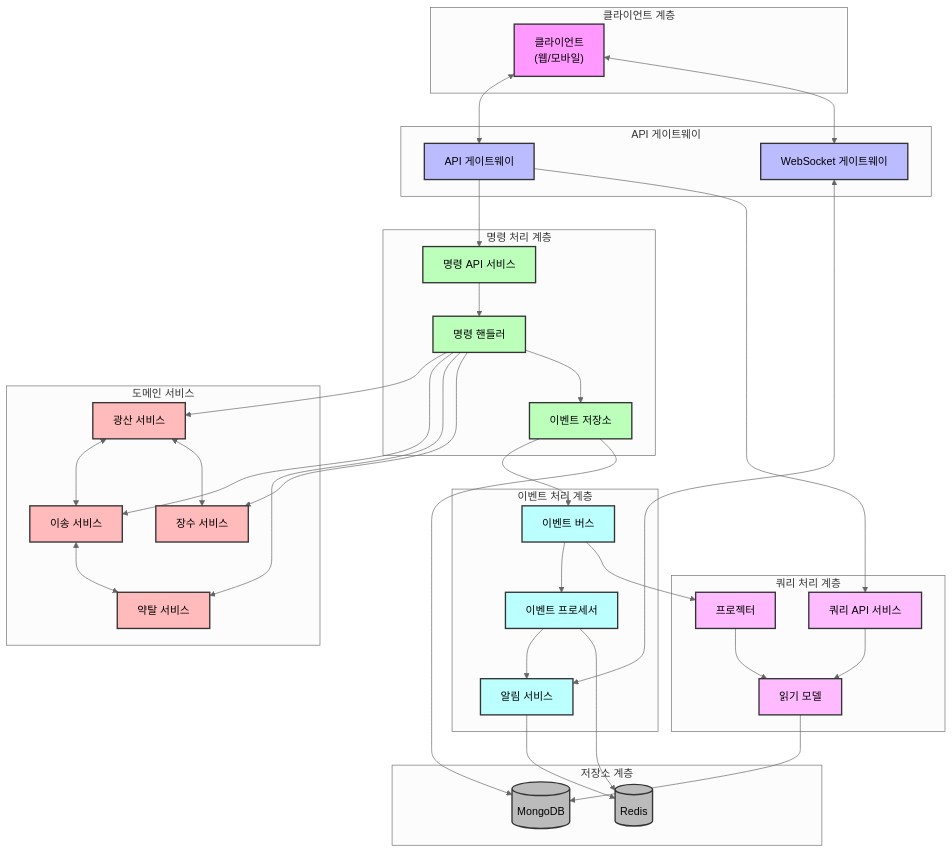
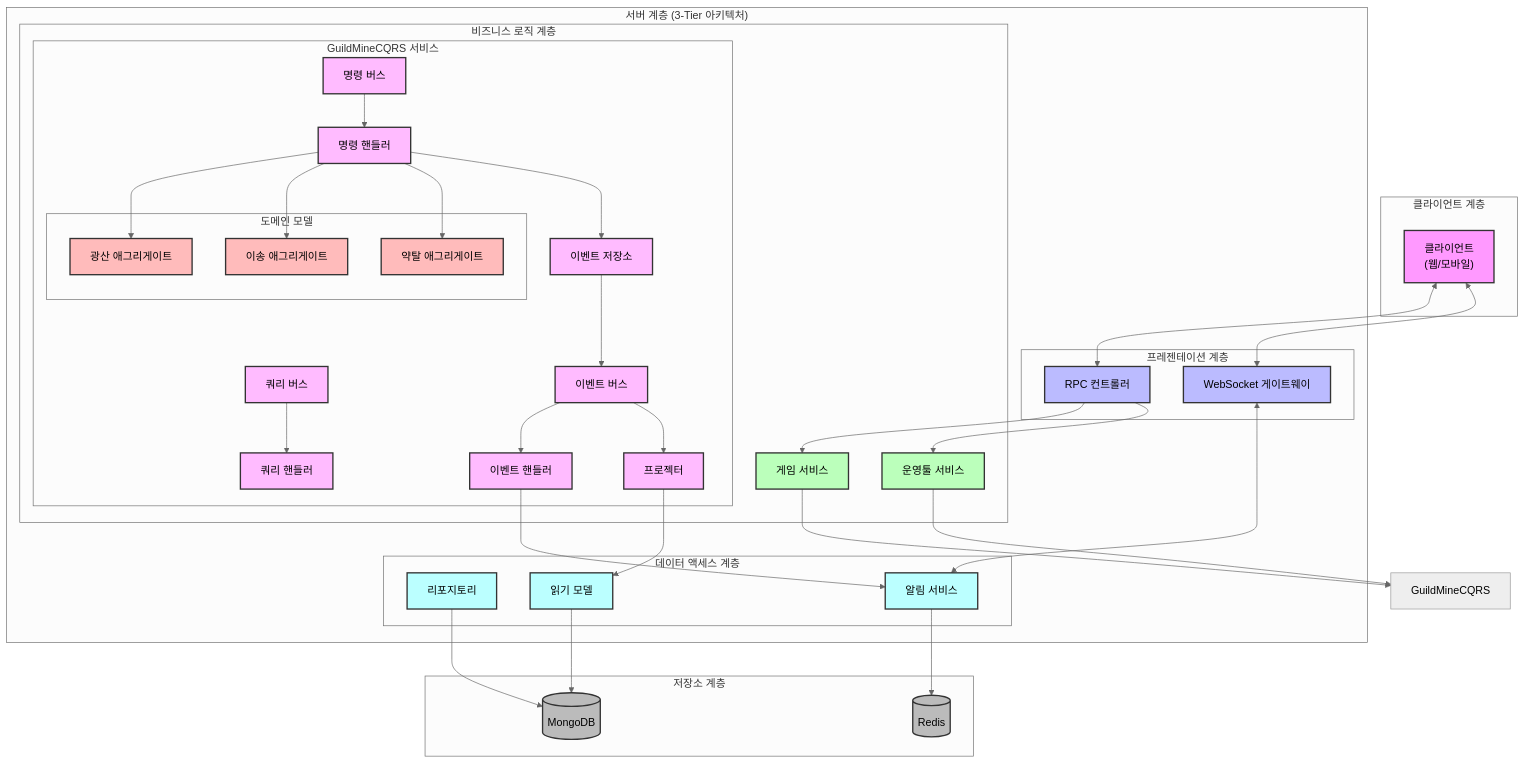
One commit to homveloper/boss-raid-game changed the first of 14 diagrams in transport/GuildMineCQRS.md. Above: the diagram before and after it, drawn with Mermaid (neutral theme). The commit also changed other lines of this file, not shown here.

````diff
--- a/transport/GuildMineCQRS.md
+++ b/transport/GuildMineCQRS.md
@@ -14,34 +14,39 @@
         Client["클라이언트\n(웹/모바일)"]
     end
 
-    subgraph "API 게이트웨이"
-        Gateway["API 게이트웨이"]
-        WSGateway["WebSocket 게이트웨이"]
-    end
+    subgraph "서버 계층 (3-Tier 아키텍처)"
+        subgraph "프레젠테이션 계층"
+            RPCController["RPC 컨트롤러"]
+            WSGateway["WebSocket 게이트웨이"]
+        end
 
-    subgraph "명령 처리 계층"
-        CommandAPI["명령 API 서비스"]
-        CommandHandler["명령 핸들러"]
-        EventStore["이벤트 저장소"]
-    end
+        subgraph "비즈니스 로직 계층"
+            GameService["게임 서비스"]
+            AdminService["운영툴 서비스"]
 
-    subgraph "쿼리 처리 계층"
-        QueryAPI["쿼리 API 서비스"]
-        ReadModel["읽기 모델"]
-        Projector["프로젝터"]
-    end
+            subgraph "GuildMineCQRS 서비스"
+                CommandBus["명령 버스"]
+                QueryBus["쿼리 버스"]
+                CommandHandler["명령 핸들러"]
+                QueryHandler["쿼리 핸들러"]
+                EventStore["이벤트 저장소"]
+                EventBus["이벤트 버스"]
+                EventHandler["이벤트 핸들러"]
+                Projector["프로젝터"]
 
-    subgraph "도메인 서비스"
-        MineService["광산 서비스"]
-        TransportService["이송 서비스"]
-        RaidService["약탈 서비스"]
-        GeneralService["장수 서비스"]
-    end
+                subgraph "도메인 모델"
+                    MineAggregate["광산 애그리게이트"]
+                    TransportAggregate["이송 애그리게이트"]
+                    RaidAggregate["약탈 애그리게이트"]
+                end
+            end
+        end
 
-    subgraph "이벤트 처리 계층"
-        EventBus["이벤트 버스"]
-        EventProcessor["이벤트 프로세서"]
-        Notifier["알림 서비스"]
+        subgraph "데이터 액세스 계층"
+            Repository["리포지토리"]
+            ReadModel["읽기 모델"]
+            Notifier["알림 서비스"]
+        end
     end
 
     subgraph "저장소 계층"
@@ -49,61 +54,52 @@
         Redis[(Redis)]
     end
 
-    %% 클라이언트와 게이트웨이 연결
-    Client <--> Gateway
+    %% 클라이언트와 서버 연결
+    Client <--> RPCController
     Client <--> WSGateway
 
-    %% 게이트웨이와 API 서비스 연결
-    Gateway --> CommandAPI
-    Gateway --> QueryAPI
+    %% 프레젠테이션 계층과 비즈니스 로직 계층 연결
+    RPCController --> GameService
+    RPCController --> AdminService
     WSGateway <--> Notifier
 
-    %% 명령 처리 흐름
-    CommandAPI --> CommandHandler
-    CommandHandler --> MineService
-    CommandHandler --> TransportService
-    CommandHandler --> RaidService
-    CommandHandler --> GeneralService
+    %% 서비스와 CQRS 연결
+    GameService --> GuildMineCQRS
+    AdminService --> GuildMineCQRS
+
+    %% CQRS 내부 연결
+    CommandBus --> CommandHandler
+    QueryBus --> QueryHandler
+    CommandHandler --> MineAggregate
+    CommandHandler --> TransportAggregate
+    CommandHandler --> RaidAggregate
     CommandHandler --> EventStore
+    EventStore --> EventBus
+    EventBus --> EventHandler
+    EventBus --> Projector
+    EventHandler --> Notifier
 
-    %% 이벤트 처리 흐름
-    EventStore --> EventBus
-    EventBus --> EventProcessor
-    EventBus --> Projector
-    EventProcessor --> Notifier
-
-    %% 쿼리 처리 흐름
-    QueryAPI --> ReadModel
-
-    %% 도메인 서비스 연결
-    MineService <--> TransportService
-    TransportService <--> RaidService
-    MineService <--> GeneralService
-
-    %% 저장소 연결
-    EventStore --> MongoDB
+    %% 데이터 액세스 계층 연결
+    Repository --> MongoDB
     ReadModel --> MongoDB
-    EventProcessor --> Redis
+    Projector --> ReadModel
     Notifier --> Redis
-
-    %% 프로젝터와 읽기 모델 연결
-    Projector --> ReadModel
 
     %% 스타일 정의
     classDef client fill:#f9f,stroke:#333,stroke-width:2px
-    classDef gateway fill:#bbf,stroke:#333,stroke-width:2px
-    classDef command fill:#bfb,stroke:#333,stroke-width:2px
-    classDef query fill:#fbf,stroke:#333,stroke-width:2px
+    classDef presentation fill:#bbf,stroke:#333,stroke-width:2px
+    classDef business fill:#bfb,stroke:#333,stroke-width:2px
+    classDef cqrs fill:#fbf,stroke:#333,stroke-width:2px
     classDef domain fill:#fbb,stroke:#333,stroke-width:2px
-    classDef event fill:#bff,stroke:#333,stroke-width:2px
+    classDef dataaccess fill:#bff,stroke:#333,stroke-width:2px
     classDef storage fill:#bbb,stroke:#333,stroke-width:2px
 
     %% 스타일 적용
     class Client client
-    class Gateway,WSGateway gateway
-    class CommandAPI,CommandHandler,EventStore command
-    class QueryAPI,ReadModel,Projector query
-    class MineService,TransportService,RaidService,GeneralService domain
-    class EventBus,EventProcessor,Notifier event
+    class RPCController,WSGateway presentation
+    class GameService,AdminService business
+    class CommandBus,QueryBus,CommandHandler,QueryHandler,EventStore,EventBus,EventHandler,Projector cqrs
+    class MineAggregate,TransportAggregate,RaidAggregate domain
+    class Repository,ReadModel,Notifier dataaccess
     class MongoDB,Redis storage
 ```
````
